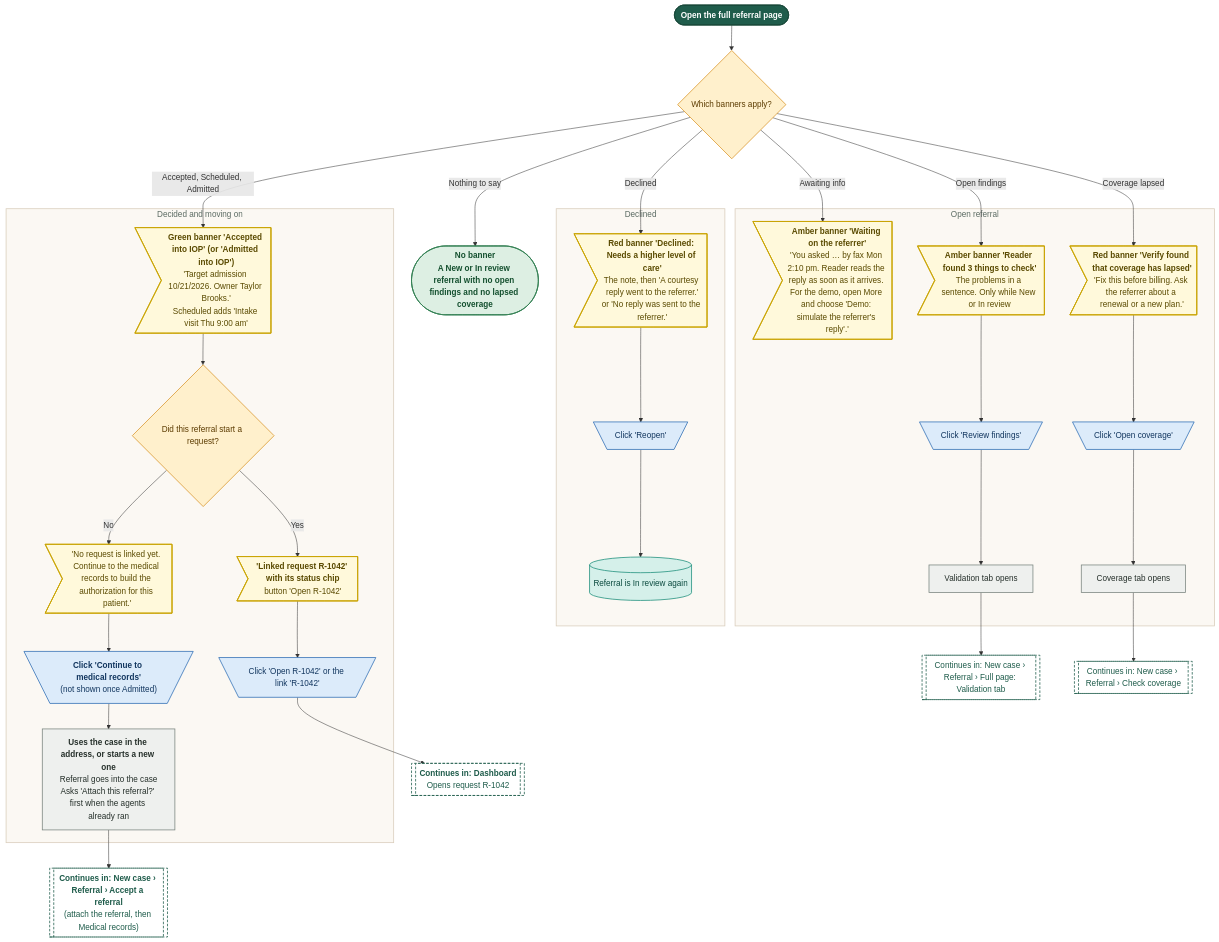
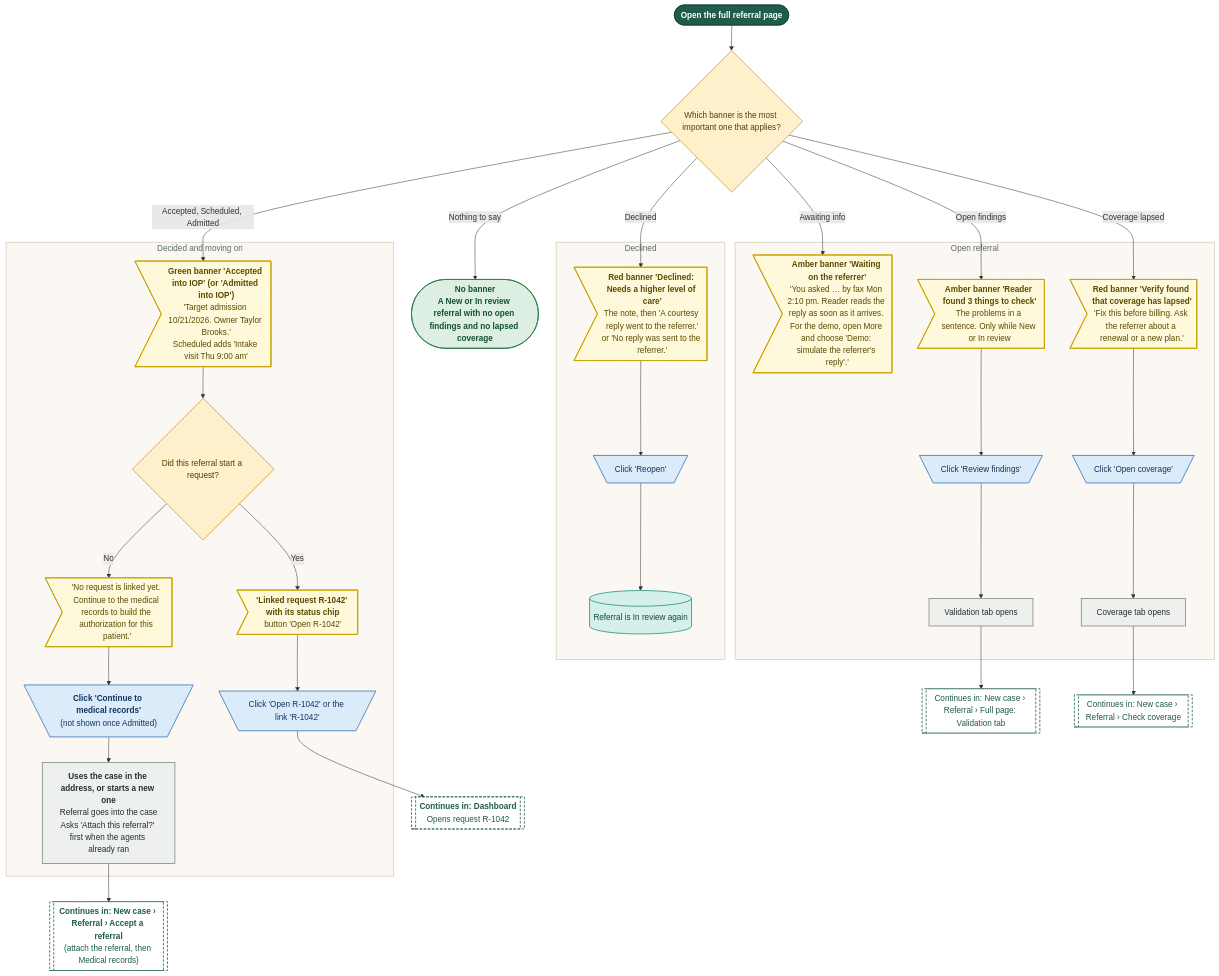
One commit to Shrav143/psyfloapp changed diagram 17 of 37 in demos/prior-auth-demo/workflows/out/md/04-new-case.md. Above: the diagram before and after it, drawn with Mermaid. The commit also changed other lines of this file and 192 other files, not shown here.

First line of the commit message:
docs: changelog by sidebar tab; README, diagrams and Settings layout aligned with the refinement; shared InfoTip; referral cost-share line

````diff
--- a/demos/prior-auth-demo/workflows/out/md/04-new-case.md
+++ b/demos/prior-auth-demo/workflows/out/md/04-new-case.md
@@ -1455,70 +1455,70 @@
 ```mermaid
 %%{init: {"theme":"base","themeVariables":{"fontFamily":"'DM Sans', 'Segoe UI', system-ui, sans-serif","fontSize":"15px","lineColor":"#5B6B63","primaryTextColor":"#1C2B25","clusterBkg":"#FBF8F3","clusterBorder":"#D9CDBB","edgeLabelBackground":"#FFFFFF"},"flowchart":{"curve":"basis","nodeSpacing":36,"rankSpacing":48,"padding":12,"htmlLabels":true,"useMaxWidth":false,"wrappingWidth":230}} }%%
 flowchart TD
   classDef k_start fill:#1F5C4B,stroke:#174638,color:#FFFFFF,stroke-width:1.5px,font-weight:600
   classDef k_end fill:#DDEFE3,stroke:#2E7D4F,color:#14502F,stroke-width:1.5px,font-weight:600
   classDef k_endx fill:#FBE3E0,stroke:#C0392B,color:#7A1F16,stroke-width:1.5px,font-weight:600
   classDef k_screen fill:#FFFDF8,stroke:#1F5C4B,color:#1C2B25,stroke-width:2px
   classDef k_overlay fill:#F1F7F3,stroke:#1F5C4B,color:#1C2B25,stroke-width:2px,stroke-dasharray:5 3
   classDef k_click fill:#DCEBFA,stroke:#2F6DB5,color:#12365F,stroke-width:1.5px
   classDef k_input fill:#E4E7FF,stroke:#4C5FD5,color:#1D2670,stroke-width:1.5px
   classDef k_process fill:#EEF0EE,stroke:#7A857F,color:#26302B,stroke-width:1.5px
   classDef k_agent fill:#EEE5FA,stroke:#7A4FC2,color:#341A63,stroke-width:1.5px
   classDef k_decision fill:#FFF0CC,stroke:#D9962B,color:#5C3B00,stroke-width:1.5px
   classDef k_store fill:#D5F0EA,stroke:#1C8E7B,color:#0B4A3F,stroke-width:1.5px
   classDef k_doc fill:#F6E9DC,stroke:#B07A4C,color:#4A2E14,stroke-width:1.5px
   classDef k_ext fill:#FFE6D2,stroke:#E07B39,color:#6B2F06,stroke-width:1.5px
   classDef k_wait fill:#E4E8EE,stroke:#6B7C93,color:#26303D,stroke-width:1.5px
   classDef k_toast fill:#FFF9DB,stroke:#C9A400,color:#5A4A00,stroke-width:1.5px
   classDef k_goto fill:#FFFFFF,stroke:#1F5C4B,color:#1F5C4B,stroke-width:1.5px,stroke-dasharray:5 3
   s1@{ shape: stadium, label: "Open the full referral page" }
-  d1@{ shape: diam, label: "Which banners apply?" }
+  d1@{ shape: diam, label: "Which banner is the most important one that applies?" }
   subgraph gDec ["Declined"]
   t1@{ shape: odd, label: "<b>Red banner 'Declined: Needs a higher level of care'</b><br/>The note, then 'A courtesy reply went to the referrer.'<br/>or 'No reply was sent to the referrer.'" }
   c1@{ shape: trap-t, label: "Click 'Reopen'" }
   st1@{ shape: cyl, label: "Referral is In review again" }
   end
   subgraph gAcc ["Decided and moving on"]
   t2@{ shape: odd, label: "<b>Green banner 'Accepted into IOP' (or 'Admitted into IOP')</b><br/>'Target admission 10/21/2026. Owner Taylor Brooks.'<br/>Scheduled adds 'Intake visit Thu 9:00 am'" }
   d2@{ shape: diam, label: "Did this referral start a request?" }
   t3@{ shape: odd, label: "<b>'Linked request R-1042' with its status chip</b><br/>button 'Open R-1042'" }
   c2@{ shape: trap-t, label: "Click 'Open R-1042' or the link 'R-1042'" }
   t4@{ shape: odd, label: "'No request is linked yet. Continue to the medical records to build the authorization for this patient.'" }
   c3@{ shape: trap-t, label: "<b>Click 'Continue to medical records'</b><br/>(not shown once Admitted)" }
   p1@{ shape: rect, label: "<b>Uses the case in the address, or starts a new one</b><br/>Referral goes into the case<br/>Asks 'Attach this referral?' first when the agents already ran" }
   end
   subgraph gOpen ["Open referral"]
   t5@{ shape: odd, label: "<b>Amber banner 'Waiting on the referrer'</b><br/>'You asked … by fax Mon 2:10 pm. Reader reads the reply as soon as it arrives. For the demo, open More and choose 'Demo: simulate the referrer's reply'.'" }
   t6@{ shape: odd, label: "<b>Amber banner 'Reader found 3 things to check'</b><br/>The problems in a sentence. Only while New or In review" }
   c4@{ shape: trap-t, label: "Click 'Review findings'" }
   p2@{ shape: rect, label: "Validation tab opens" }
   t7@{ shape: odd, label: "<b>Red banner 'Verify found that coverage has lapsed'</b><br/>'Fix this before billing. Ask the referrer about a renewal or a new plan.'" }
   c5@{ shape: trap-t, label: "Click 'Open coverage'" }
   p3@{ shape: rect, label: "Coverage tab opens" }
   end
   g1@{ shape: subproc, label: "Continues in: New case › Referral › Full page: Validation tab" }
   g2@{ shape: subproc, label: "Continues in: New case › Referral › Check coverage" }
   g3@{ shape: subproc, label: "<b>Continues in: New case › Referral › Accept a referral</b><br/>(attach the referral, then Medical records)" }
   g4@{ shape: subproc, label: "<b>Continues in: Dashboard</b><br/>Opens request R-1042" }
   e1@{ shape: stadium, label: "<b>No banner</b><br/>A New or In review referral with no open findings and no lapsed coverage" }
   s1 --> d1
   d1 -->|"Declined"| t1 --> c1 --> st1
   d1 -->|"Accepted, Scheduled, Admitted"| t2 --> d2
   d2 -->|"Yes"| t3 --> c2 --> g4
   d2 -->|"No"| t4 --> c3 --> p1 --> g3
   d1 -->|"Awaiting info"| t5
   d1 -->|"Open findings"| t6 --> c4 --> p2 --> g1
   d1 -->|"Coverage lapsed"| t7 --> c5 --> p3 --> g2
   d1 -->|"Nothing to say"| e1
   class s1 k_start
   class d1,d2 k_decision
   class t1,t2,t3,t4,t5,t6,t7 k_toast
   class c1,c2,c3,c4,c5 k_click
   class st1 k_store
   class p1,p2,p3 k_process
   class g1,g2,g3,g4 k_goto
   class e1 k_end
   style gDec fill:#FBF8F3,stroke:#D9CDBB,stroke-width:1.5px,color:#5B6B63
   style gAcc fill:#FBF8F3,stroke:#D9CDBB,stroke-width:1.5px,color:#5B6B63
   style gOpen fill:#FBF8F3,stroke:#D9CDBB,stroke-width:1.5px,color:#5B6B63
 ```
````
